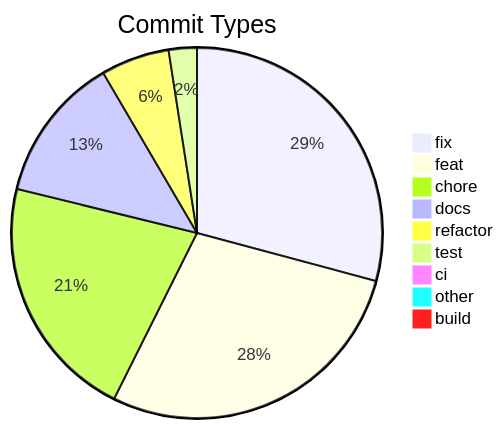
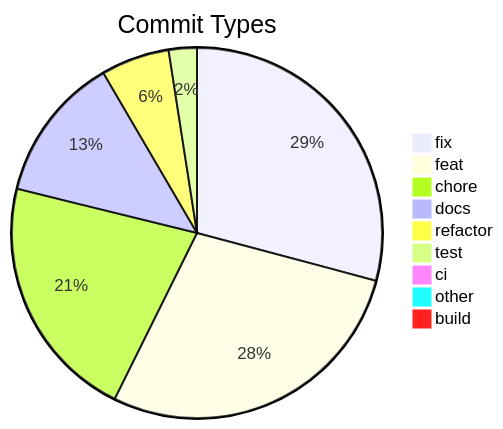
The diagram in .shipwright/compliance/change-history.md (svenroth-ai/shipwright), drawn with Mermaid before and after one commit. The commit also changed other lines of this file and 45 other files, not shown here.

````diff
--- a/.shipwright/compliance/change-history.md
+++ b/.shipwright/compliance/change-history.md
@@ -8,12 +8,12 @@
 ```mermaid
 pie title Commit Types
     "fix" : 332
     "feat" : 321
-    "chore" : 244
+    "chore" : 245
     "docs" : 145
     "refactor" : 68
     "test" : 28
     "ci" : 11
     "other" : 9
     "build" : 1
 ```
````
